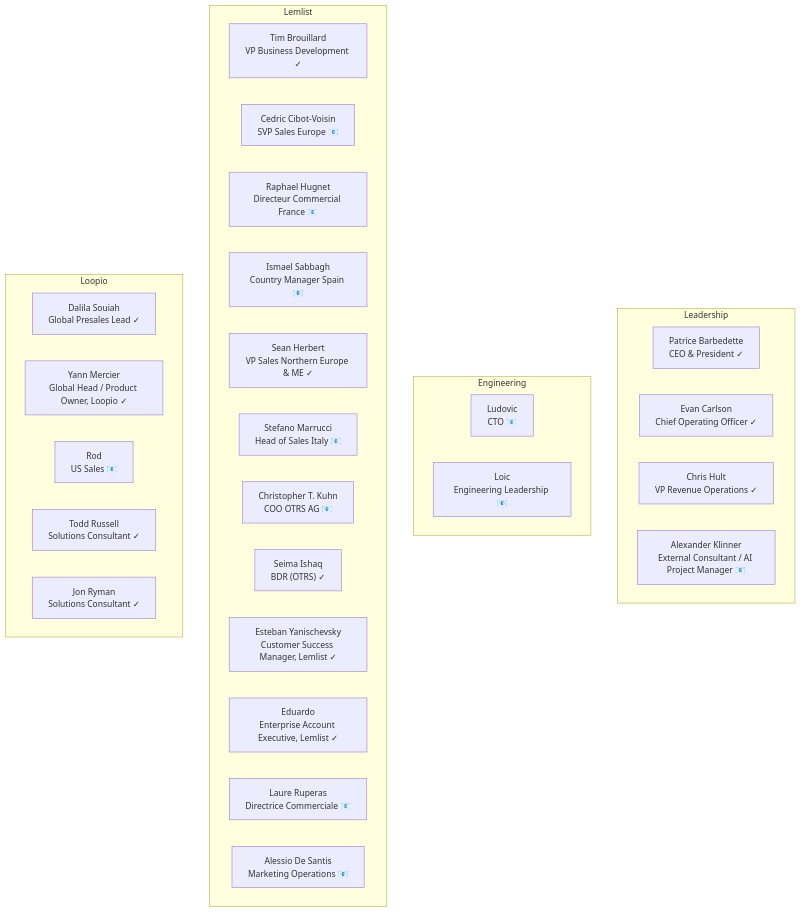
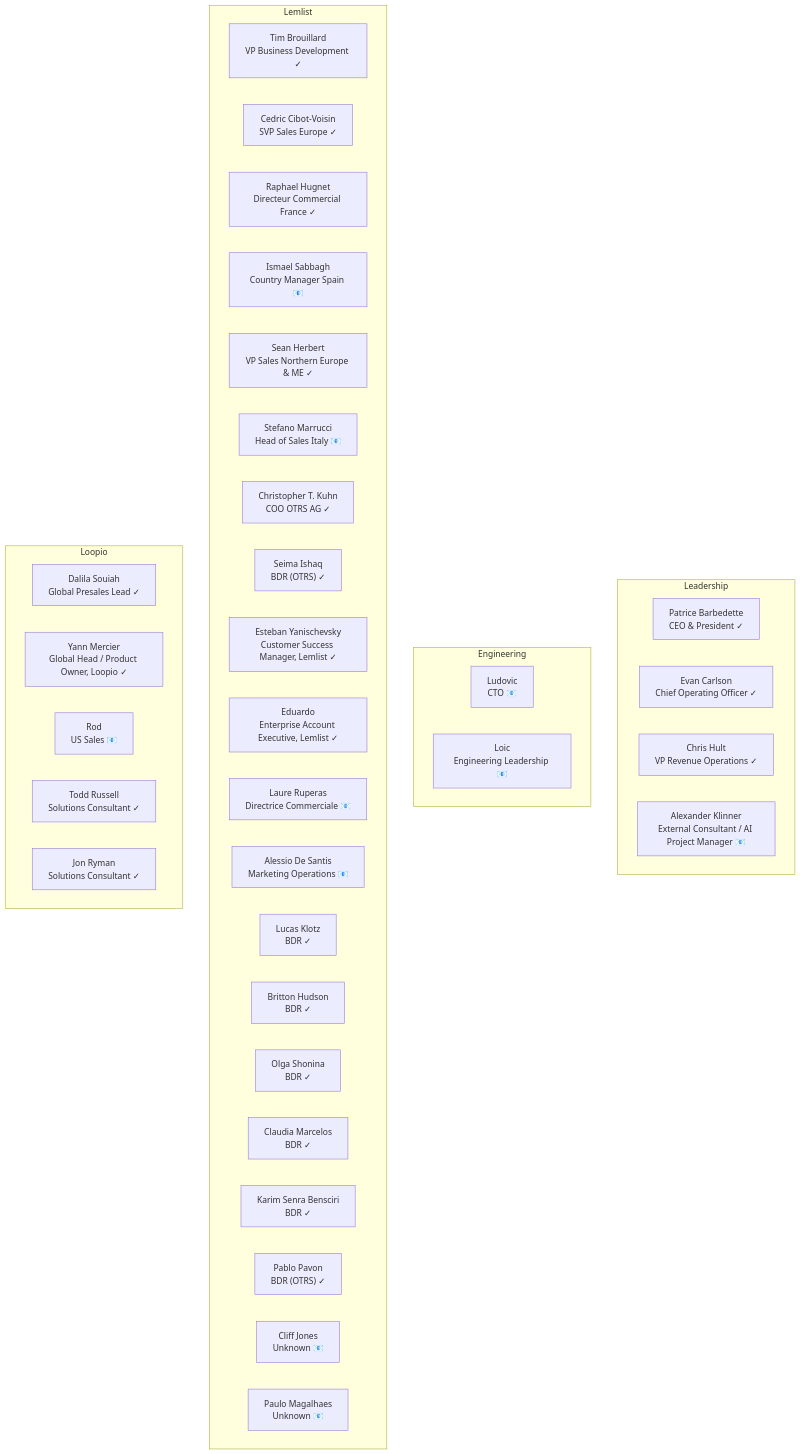
Before and after one commit to pqsoccerboy17/EasyVista: the diagram in clients/easyvista/easyvista-stakeholders.mermaid, drawn with Mermaid. The commit also changed 4 other files, not shown here.

````diff
--- a/clients/easyvista/easyvista-stakeholders.mermaid
+++ b/clients/easyvista/easyvista-stakeholders.mermaid
@@ -1,34 +1,42 @@
 ```mermaid
 flowchart TB
     subgraph Leadership
         Patrice_Barbedette["Patrice Barbedette<br/>CEO & President ✓"]
         Evan_Carlson["Evan Carlson<br/>Chief Operating Officer ✓"]
         Chris_Hult["Chris Hult<br/>VP Revenue Operations ✓"]
         Alexander_Klinner["Alexander Klinner<br/>External Consultant / AI Project Manager 📧"]
     end
     subgraph Engineering
         Ludovic["Ludovic<br/>CTO 📧"]
         Loic["Loic<br/>Engineering Leadership 📧"]
     end
     subgraph Lemlist
         Tim_Brouillard["Tim Brouillard<br/>VP Business Development ✓"]
-        Cedric_Cibot-Voisin["Cedric Cibot-Voisin<br/>SVP Sales Europe 📧"]
-        Raphael_Hugnet["Raphael Hugnet<br/>Directeur Commercial France 📧"]
+        Cedric_Cibot-Voisin["Cedric Cibot-Voisin<br/>SVP Sales Europe ✓"]
+        Raphael_Hugnet["Raphael Hugnet<br/>Directeur Commercial France ✓"]
         Ismael_Sabbagh["Ismael Sabbagh<br/>Country Manager Spain 📧"]
         Sean_Herbert["Sean Herbert<br/>VP Sales Northern Europe & ME ✓"]
         Stefano_Marrucci["Stefano Marrucci<br/>Head of Sales Italy 📧"]
-        Christopher_T._Kuhn["Christopher T. Kuhn<br/>COO OTRS AG 📧"]
+        Christopher_T._Kuhn["Christopher T. Kuhn<br/>COO OTRS AG ✓"]
         Seima_Ishaq["Seima Ishaq<br/>BDR (OTRS) ✓"]
         Esteban_Yanischevsky["Esteban Yanischevsky<br/>Customer Success Manager, Lemlist ✓"]
         Eduardo["Eduardo<br/>Enterprise Account Executive, Lemlist ✓"]
         Laure_Ruperas["Laure Ruperas<br/>Directrice Commerciale 📧"]
         Alessio_De_Santis["Alessio De Santis<br/>Marketing Operations 📧"]
+        Lucas_Klotz["Lucas Klotz<br/>BDR ✓"]
+        Britton_Hudson["Britton Hudson<br/>BDR ✓"]
+        Olga_Shonina["Olga Shonina<br/>BDR ✓"]
+        Claudia_Marcelos["Claudia Marcelos<br/>BDR ✓"]
+        Karim_Senra_Bensciri["Karim Senra Bensciri<br/>BDR ✓"]
+        Pablo_Pavon["Pablo Pavon<br/>BDR (OTRS) ✓"]
+        Cliff_Jones["Cliff Jones<br/>Unknown 📧"]
+        Paulo_Magalhaes["Paulo Magalhaes<br/>Unknown 📧"]
     end
     subgraph Loopio
         Dalila_Souiah["Dalila Souiah<br/>Global Presales Lead ✓"]
         Yann_Mercier["Yann Mercier<br/>Global Head / Product Owner, Loopio ✓"]
         Rod["Rod<br/>US Sales 📧"]
         Todd_Russell["Todd Russell<br/>Solutions Consultant ✓"]
         Jon_Ryman["Jon Ryman<br/>Solutions Consultant ✓"]
     end
 ```
````
